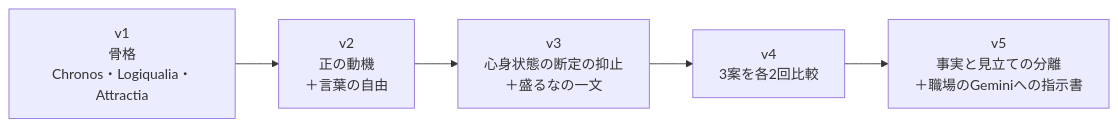
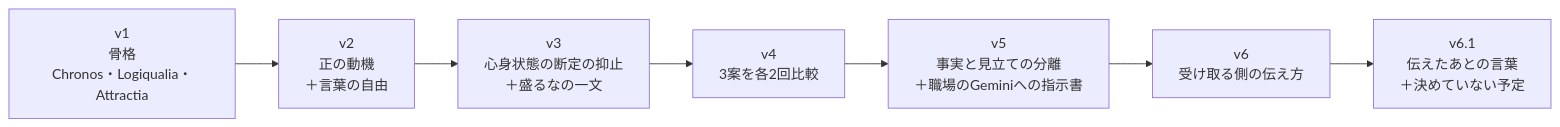
The third of 5 diagrams in README.md (projectLEAN727/Inert), drawn with Mermaid before and after one commit. The commit also changed other lines of this file and 3 other files, not shown here.

````diff
--- a/README.md
+++ b/README.md
@@ -189,7 +190,9 @@
 ```mermaid
 flowchart LR
     V1["v1<br>骨格<br>Chronos・Logiqualia・Attractia"] --> V2["v2<br>正の動機<br>＋言葉の自由"]
     V2 --> V3["v3<br>心身状態の断定の抑止<br>＋盛るなの一文"]
     V3 --> V4["v4<br>3案を各2回比較"]
     V4 --> V5["v5<br>事実と見立ての分離<br>＋職場のGeminiへの指示書"]
+    V5 --> V6["v6<br>受け取る側の伝え方"]
+    V6 --> V61["v6.1<br>伝えたあとの言葉<br>＋決めていない予定"]
 ```
````
